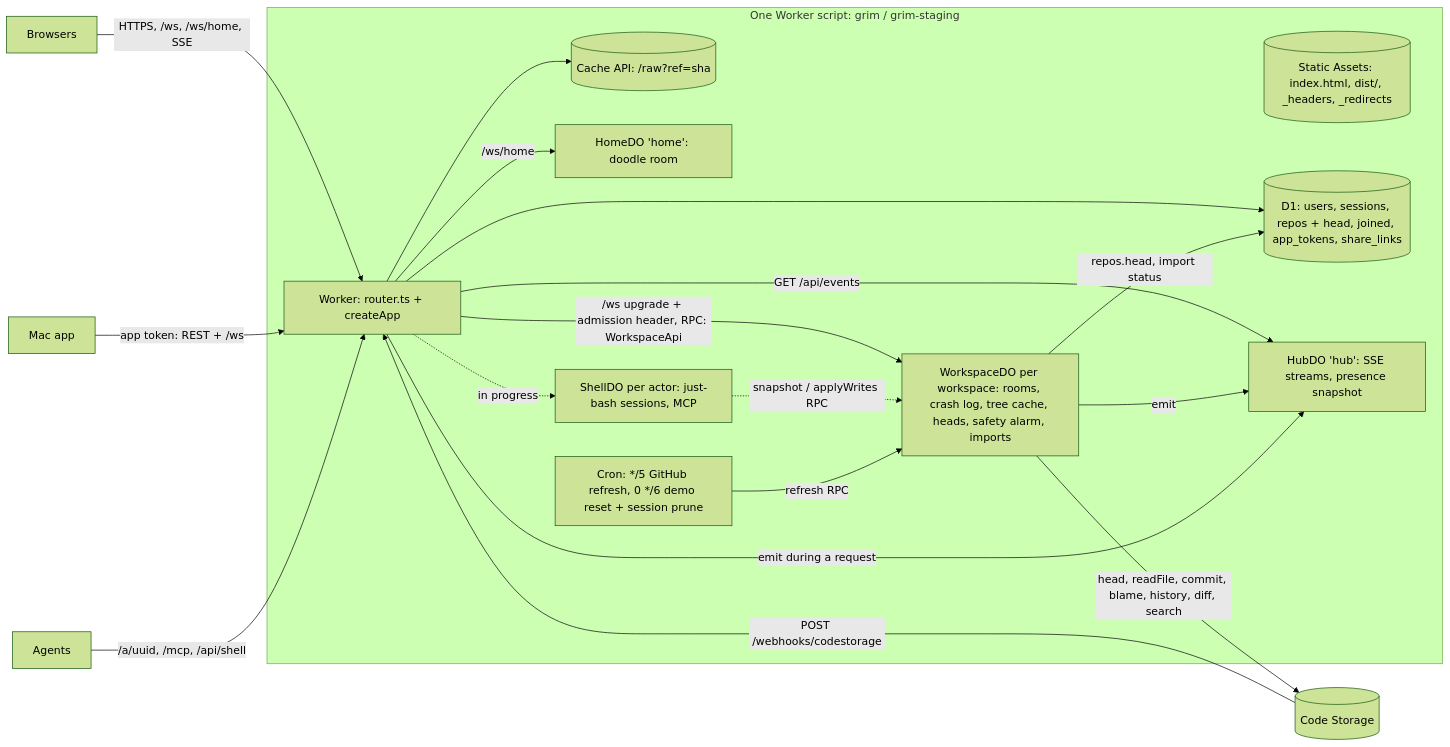
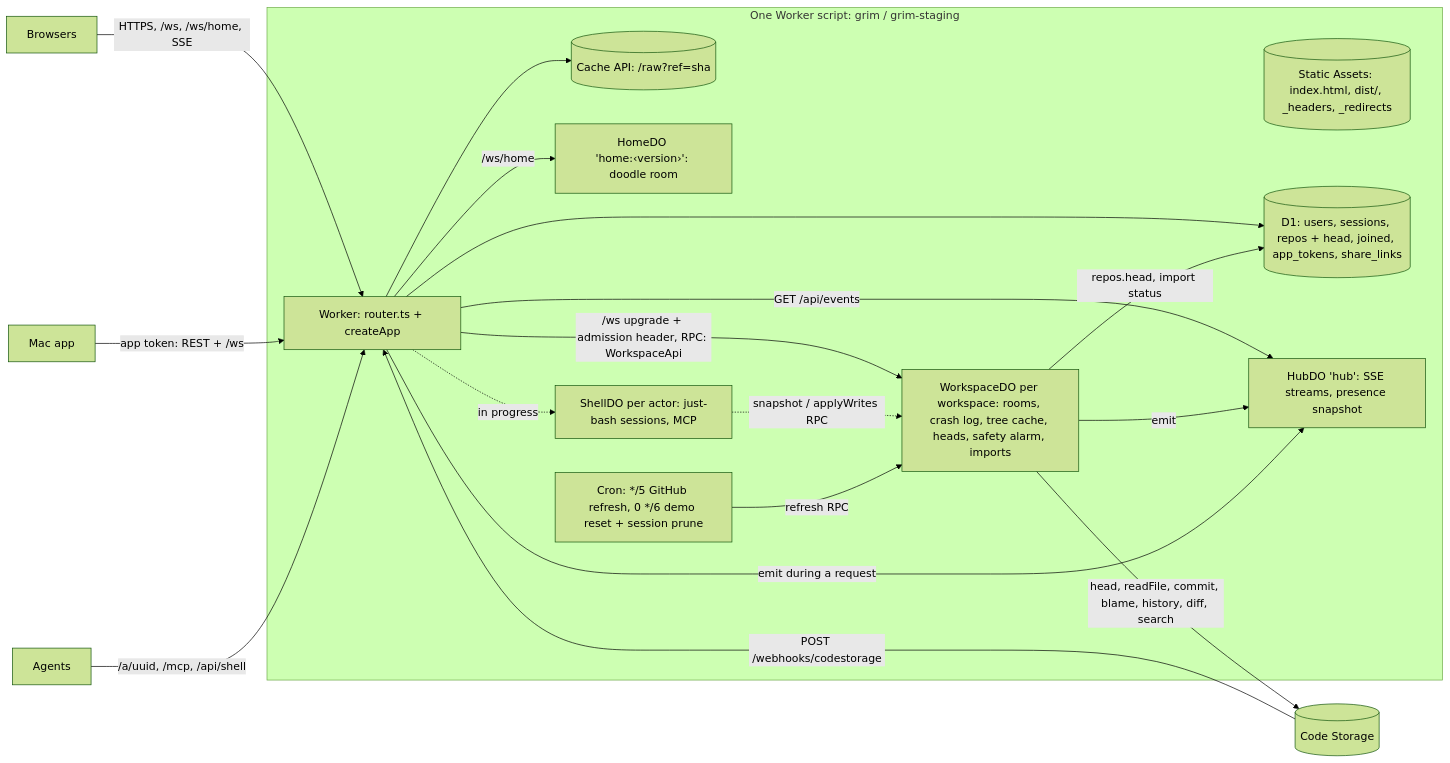
The diagram in docs/06-cloudflare.md (anomalyco/grim), drawn with Mermaid (forest theme) before and after one commit. The commit also changed other lines of this file and 4 other files, not shown here.

First line of the commit message:
Workers: a fresh home room on each deploy, and the old one sends its people over

````diff
--- a/docs/06-cloudflare.md
+++ b/docs/06-cloudflare.md
@@ -24,25 +24,25 @@
 ```mermaid
 flowchart LR
   B[Browsers] -->|HTTPS, /ws, /ws/home, SSE| W
   M[Mac app] -->|app token: REST + /ws| W
   A[Agents] -->|/a/uuid, /mcp, /api/shell| W
   CS[(Code Storage)] -->|POST /webhooks/codestorage| W
 
   subgraph CF[One Worker script: grim / grim-staging]
     SA[(Static Assets: index.html, dist/, _headers, _redirects)]
     W[Worker: router.ts + createApp]
     W --> C[(Cache API: /raw?ref=sha)]
     W --> D1[(D1: users, sessions, repos + head, joined, app_tokens, share_links)]
     W -->|/ws upgrade + admission header, RPC: WorkspaceApi| WS[WorkspaceDO per workspace: rooms, crash log, tree cache, heads, safety alarm, imports]
     W -->|GET /api/events| H["HubDO 'hub': SSE streams, presence snapshot"]
-    W -->|/ws/home| HD["HomeDO 'home': doodle room"]
+    W -->|/ws/home| HD["HomeDO 'home:‹version›': doodle room"]
     W -. in progress .-> SH[ShellDO per actor: just-bash sessions, MCP]
     WS -->|emit| H
     W -->|emit during a request| H
     SH -. snapshot / applyWrites RPC .-> WS
     CRON[Cron: */5 GitHub refresh, 0 */6 demo reset + session prune] -->|refresh RPC| WS
     WS -->|repos.head, import status| D1
   end
 
   WS -->|head, readFile, commit, blame, history, diff, search| CS
 ```
````
